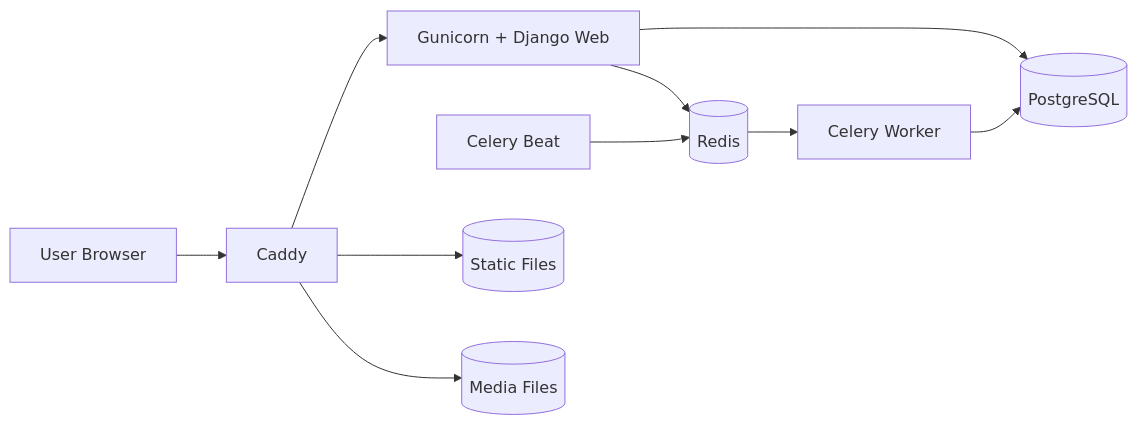
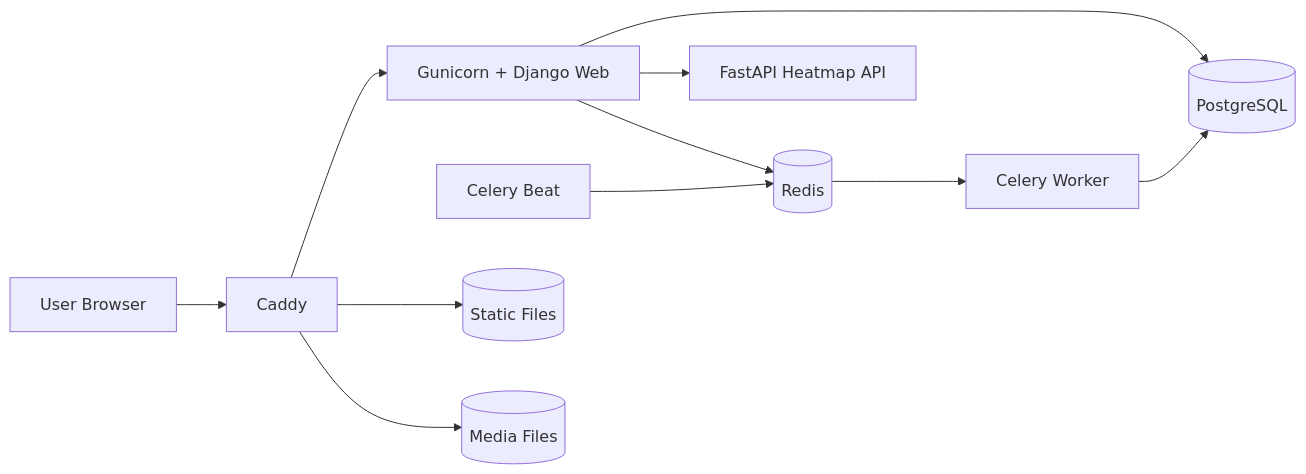
The first of 2 diagrams in docs/architecture.md (stokuj/my-django-portfolio), drawn with Mermaid before and after one commit. The commit also changed other lines of this file and 2 other files, not shown here.

First line of the commit message:
Add FastAPI heatmap integration docs

````diff
--- a/docs/architecture.md
+++ b/docs/architecture.md
@@ -17,12 +19,13 @@
 ```mermaid
 flowchart LR
     U[User Browser] --> C[Caddy]
     C --> W[Gunicorn + Django Web]
     W --> P[(PostgreSQL)]
     W --> R[(Redis)]
     R --> WK[Celery Worker]
     B[Celery Beat] --> R
     WK --> P
+    W --> F[FastAPI Heatmap API]
     C --> S[(Static Files)]
     C --> M[(Media Files)]
 ```
````
